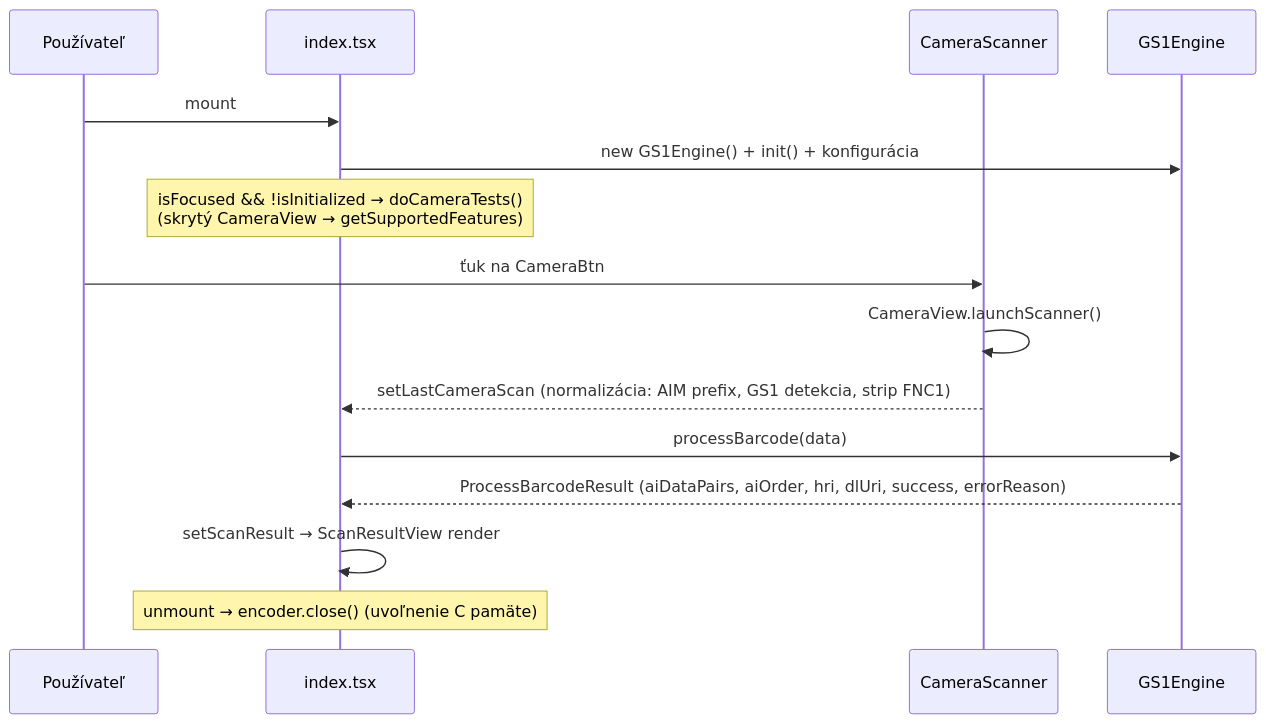
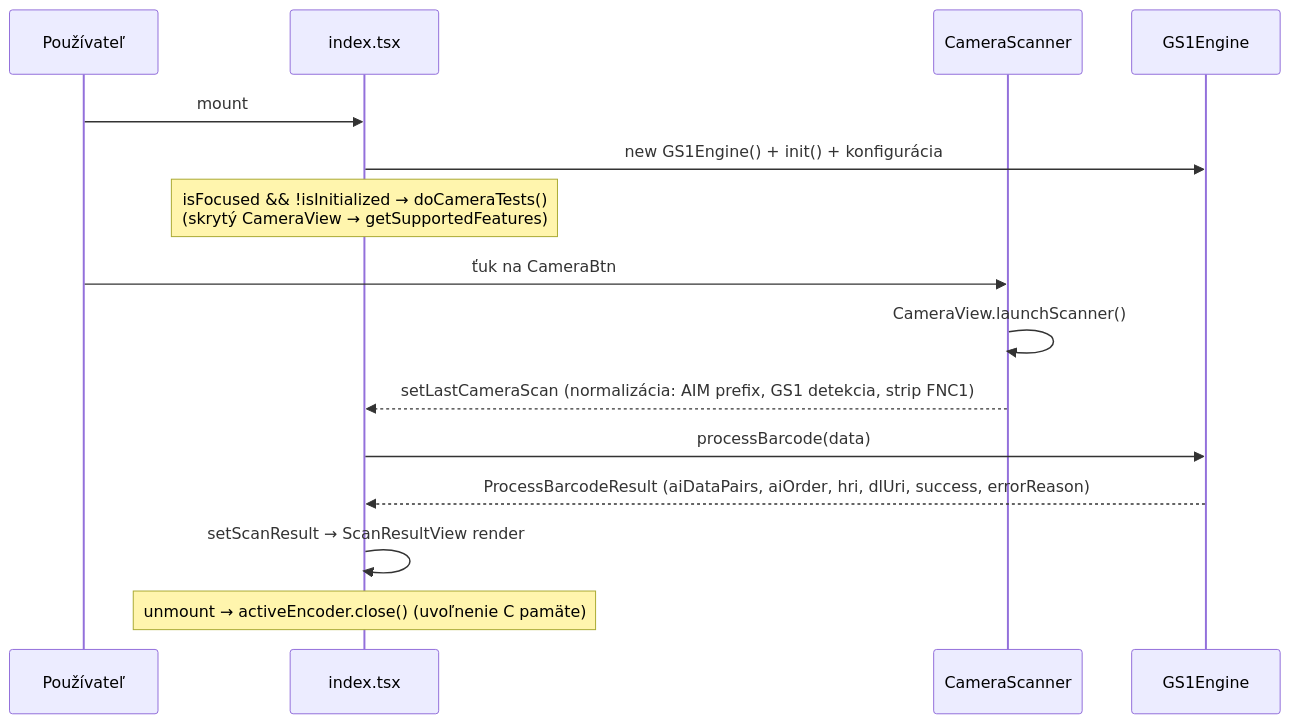
The diagram in SPECS.md (GS1SlovakiaOrg/expo-gs1-s-e-example), drawn with Mermaid before and after one commit. The commit also changed other lines of this file and 7 other files, not shown here.

````diff
--- a/SPECS.md
+++ b/SPECS.md
@@ -72,17 +72,17 @@
 ```mermaid
 sequenceDiagram
     participant U as Používateľ
     participant I as index.tsx
     participant CS as CameraScanner
     participant EN as GS1Engine
     U->>I: mount
     I->>EN: new GS1Engine() + init() + konfigurácia
     Note over I: isFocused && !isInitialized → doCameraTests()<br/>(skrytý CameraView → getSupportedFeatures)
     U->>CS: ťuk na CameraBtn
     CS->>CS: CameraView.launchScanner()
     CS-->>I: setLastCameraScan (normalizácia: AIM prefix, GS1 detekcia, strip FNC1)
     I->>EN: processBarcode(data)
     EN-->>I: ProcessBarcodeResult (aiDataPairs, aiOrder, hri, dlUri, success, errorReason)
     I->>I: setScanResult → ScanResultView render
-    Note over I: unmount → encoder.close() (uvoľnenie C pamäte)
+    Note over I: unmount → activeEncoder.close() (uvoľnenie C pamäte)
 ```
````
